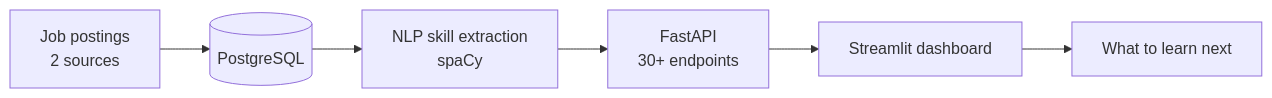
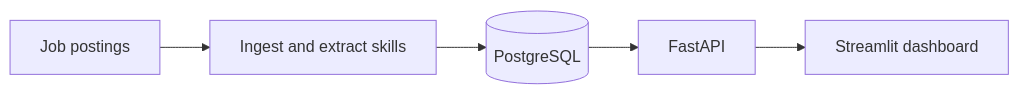
One commit to DharmiSapariya/DharmiSapariya changed the first of 2 diagrams in README.md. Above: the diagram before and after it, drawn with Mermaid. The commit also changed other lines of this file and 4 other files, not shown here.

````diff
--- a/README.md
+++ b/README.md
@@ -112,8 +46,7 @@
 ```mermaid
 flowchart LR
-    A["Job postings<br/>2 sources"] --> B[("PostgreSQL")]
-    B --> C["NLP skill extraction<br/>spaCy"]
-    C --> D["FastAPI<br/>30+ endpoints"]
+    A["Job postings"] --> B["Ingest and extract skills"]
+    B --> C[("PostgreSQL")]
+    C --> D["FastAPI"]
     D --> E["Streamlit dashboard"]
-    E --> F["What to learn next"]
 ```
````
